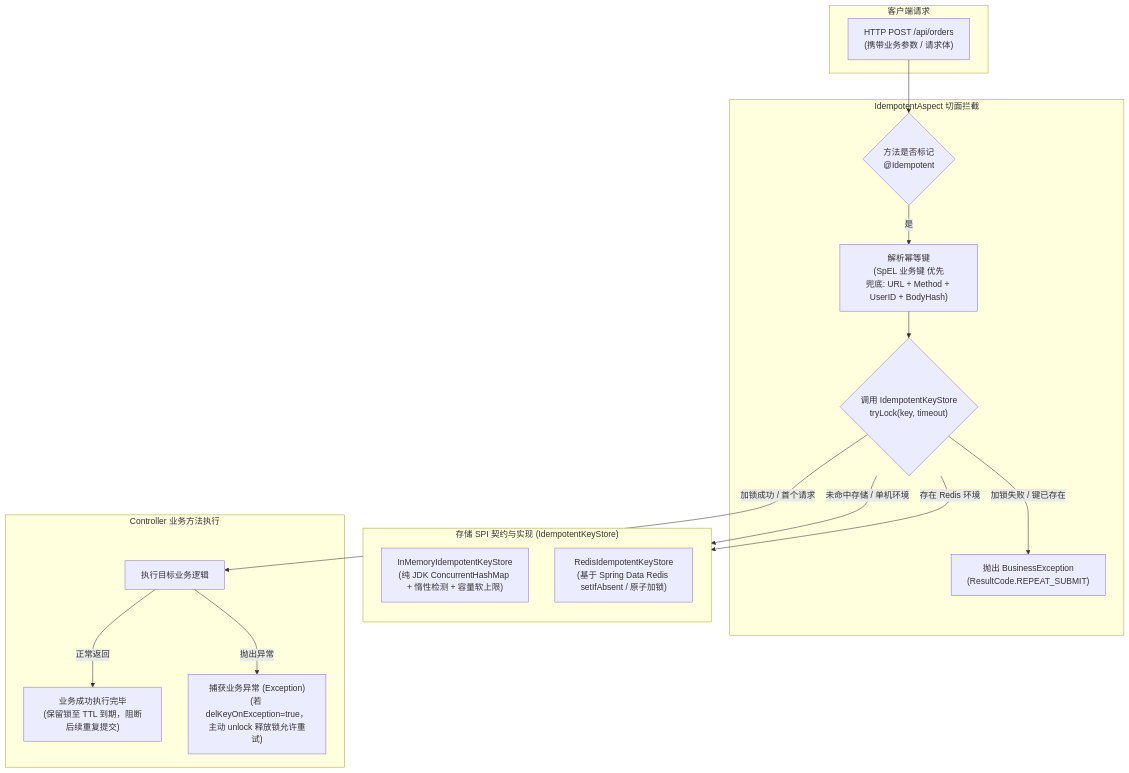
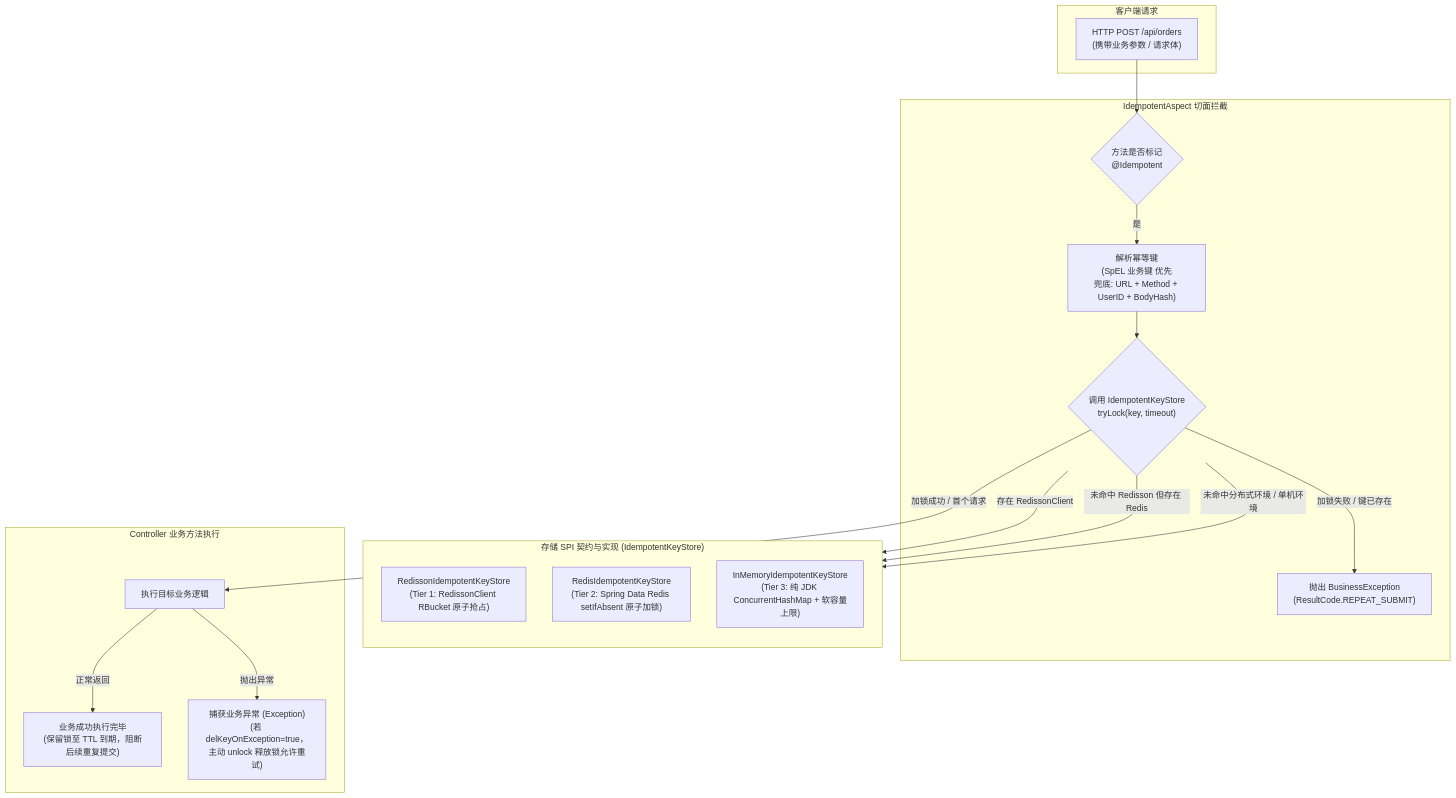
The diagram in docs/adr/0013-spi-based-hybrid-idempotent-engine.md (atengk/ateng-boot), drawn with Mermaid before and after one commit. The commit also changed other lines of this file and 11 other files, not shown here.

First line of the commit message:
feat(web): 基于 Redis 与 Redisson 的分布式存储扩展与三级条件装配升级

````diff
--- a/docs/adr/0013-spi-based-hybrid-idempotent-engine.md
+++ b/docs/adr/0013-spi-based-hybrid-idempotent-engine.md
@@ -23,35 +23,37 @@
 ```mermaid
 flowchart TD
     subgraph ClientReq["客户端请求"]
         Req["HTTP POST /api/orders\n(携带业务参数 / 请求体)"]
     end
 
     subgraph AspectLayer["IdempotentAspect 切面拦截"]
         CheckAnn{"方法是否标记\n@Idempotent"}
         ResolveKey["解析幂等键\n(SpEL 业务键 优先\n兜底: URL + Method + UserID + BodyHash)"]
         TryLock{"调用 IdempotentKeyStore\ntryLock(key, timeout)"}
         Conflict["抛出 BusinessException\n(ResultCode.REPEAT_SUBMIT)"]
     end
 
     subgraph StoreLayer["存储 SPI 契约与实现 (IdempotentKeyStore)"]
         direction TB
-        MemStore["InMemoryIdempotentKeyStore\n(纯 JDK ConcurrentHashMap + 惰性检测 + 容量软上限)"]
-        RedisStore["RedisIdempotentKeyStore\n(基于 Spring Data Redis setIfAbsent / 原子加锁)"]
+        RedissonStore["RedissonIdempotentKeyStore\n(Tier 1: RedissonClient RBucket 原子抢占)"]
+        RedisStore["RedisIdempotentKeyStore\n(Tier 2: Spring Data Redis setIfAbsent 原子加锁)"]
+        MemStore["InMemoryIdempotentKeyStore\n(Tier 3: 纯 JDK ConcurrentHashMap + 软容量上限)"]
     end
 
     subgraph Execution["Controller 业务方法执行"]
         BizRun["执行目标业务逻辑"]
         BizSucc["业务成功执行完毕\n(保留锁至 TTL 到期，阻断后续重复提交)"]
         BizErr["捕获业务异常 (Exception)\n(若 delKeyOnException=true，主动 unlock 释放锁允许重试)"]
     end
 
     Req --> CheckAnn
     CheckAnn -->|是| ResolveKey
     ResolveKey --> TryLock
-    TryLock -->|未命中存储 / 单机环境| MemStore
-    TryLock -->|存在 Redis 环境| RedisStore
+    TryLock -->|存在 RedissonClient| RedissonStore
+    TryLock -->|未命中 Redisson 但存在 Redis| RedisStore
+    TryLock -->|未命中分布式环境 / 单机环境| MemStore
     TryLock -->|加锁失败 / 键已存在| Conflict
     TryLock -->|加锁成功 / 首个请求| BizRun
     BizRun -->|正常返回| BizSucc
     BizRun -->|抛出异常| BizErr
 ```
````
